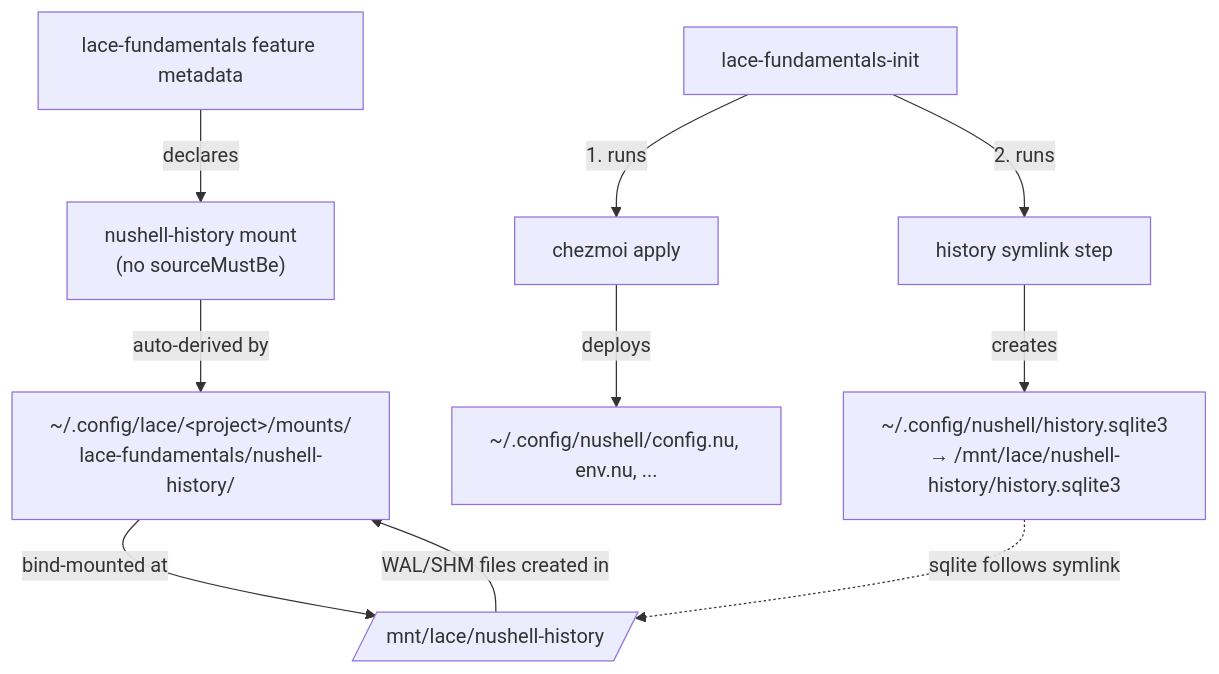
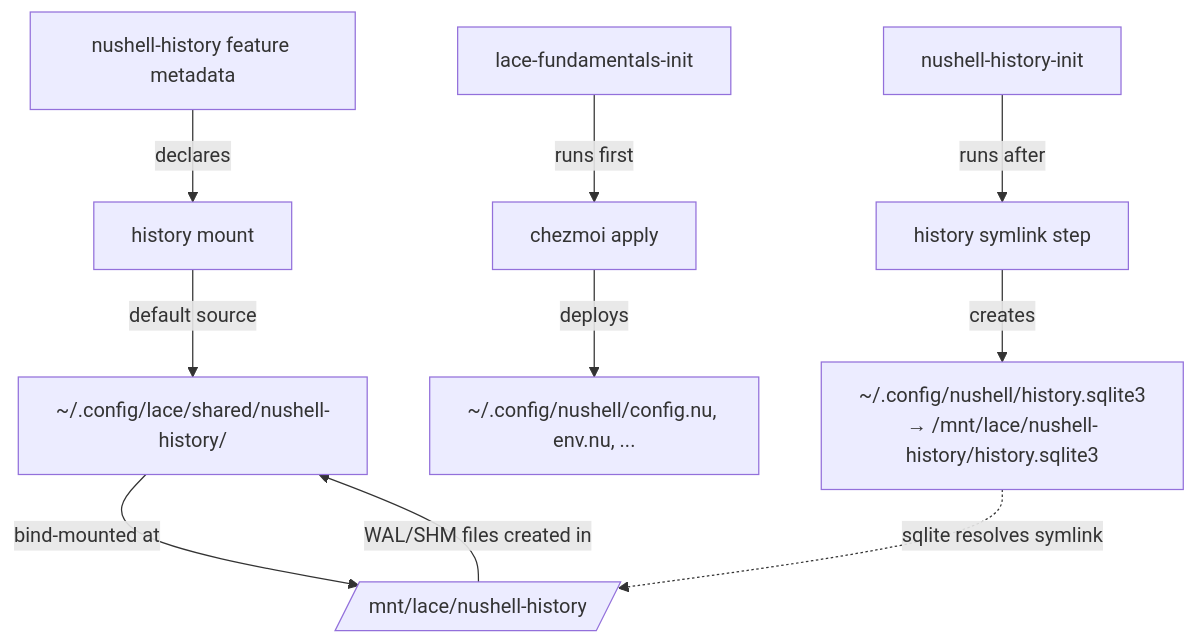
Before and after one commit to weftwiseink/lace: the diagram in cdocs/proposals/2026-03-25-lace-nushell-history-persistence.md, drawn with Mermaid. The commit also changed other lines of this file, not shown here.

````diff
--- a/cdocs/proposals/2026-03-25-lace-nushell-history-persistence.md
+++ b/cdocs/proposals/2026-03-25-lace-nushell-history-persistence.md
@@ -145,12 +166,12 @@
 ```mermaid
 flowchart TD
-    A[lace-fundamentals feature metadata] -->|declares| B["nushell-history mount<br/>(no sourceMustBe)"]
-    B -->|auto-derived by| C["~/.config/lace/&lt;project&gt;/mounts/<br/>lace-fundamentals/nushell-history/"]
-    D[lace-fundamentals-init] -->|1. runs| E[chezmoi apply]
+    A[nushell-history feature metadata] -->|declares| B["history mount"]
+    B -->|default source| C["~/.config/lace/shared/nushell-history/"]
+    D[lace-fundamentals-init] -->|runs first| E[chezmoi apply]
     E -->|deploys| F["~/.config/nushell/config.nu, env.nu, ..."]
-    D -->|2. runs| G[history symlink step]
-    G -->|creates| H["~/.config/nushell/history.sqlite3<br/>→ /mnt/lace/nushell-history/history.sqlite3"]
-    C -->|bind-mounted at| I[/mnt/lace/nushell-history/]
-    H -.->|sqlite follows symlink| I
-    I -->|WAL/SHM files created in| C
+    G[nushell-history-init] -->|runs after| H[history symlink step]
+    H -->|creates| I["~/.config/nushell/history.sqlite3<br/>→ /mnt/lace/nushell-history/history.sqlite3"]
+    C -->|bind-mounted at| J[/mnt/lace/nushell-history/]
+    I -.->|sqlite resolves symlink| J
+    J -->|WAL/SHM files created in| C
 ```
````
